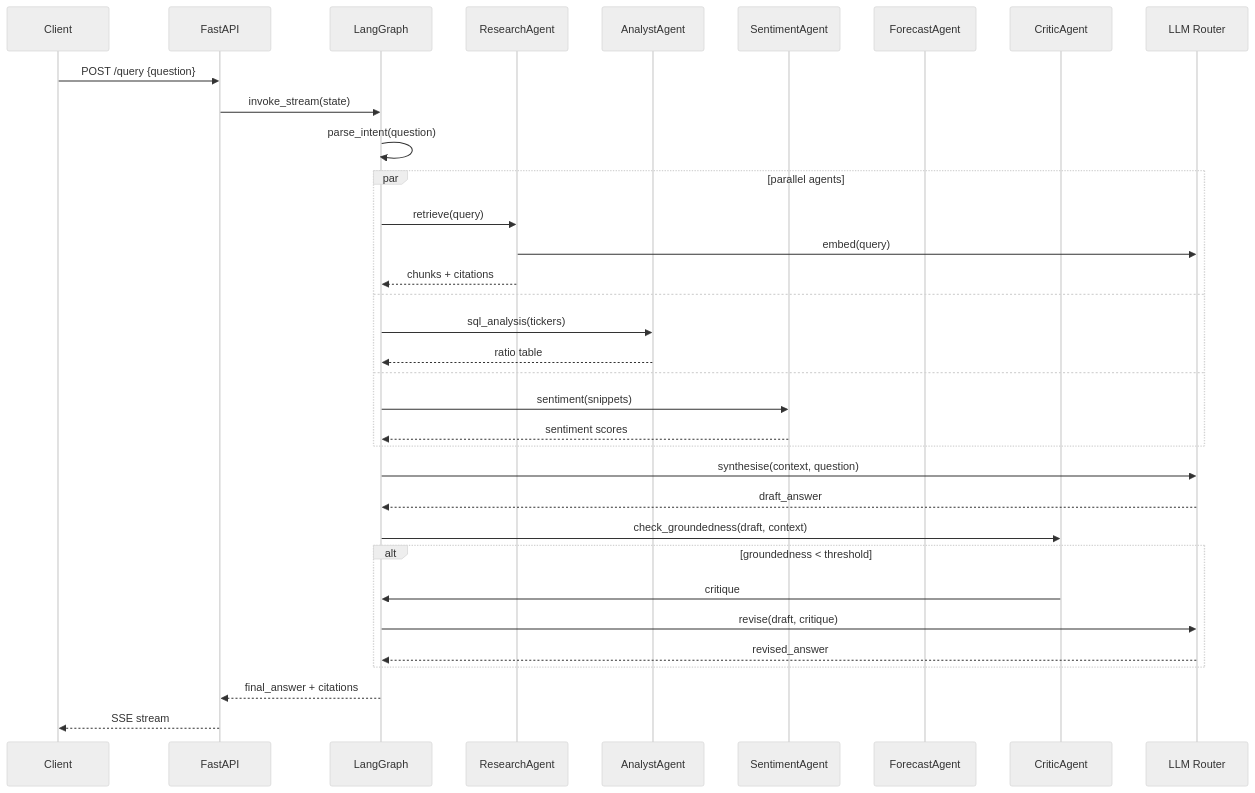
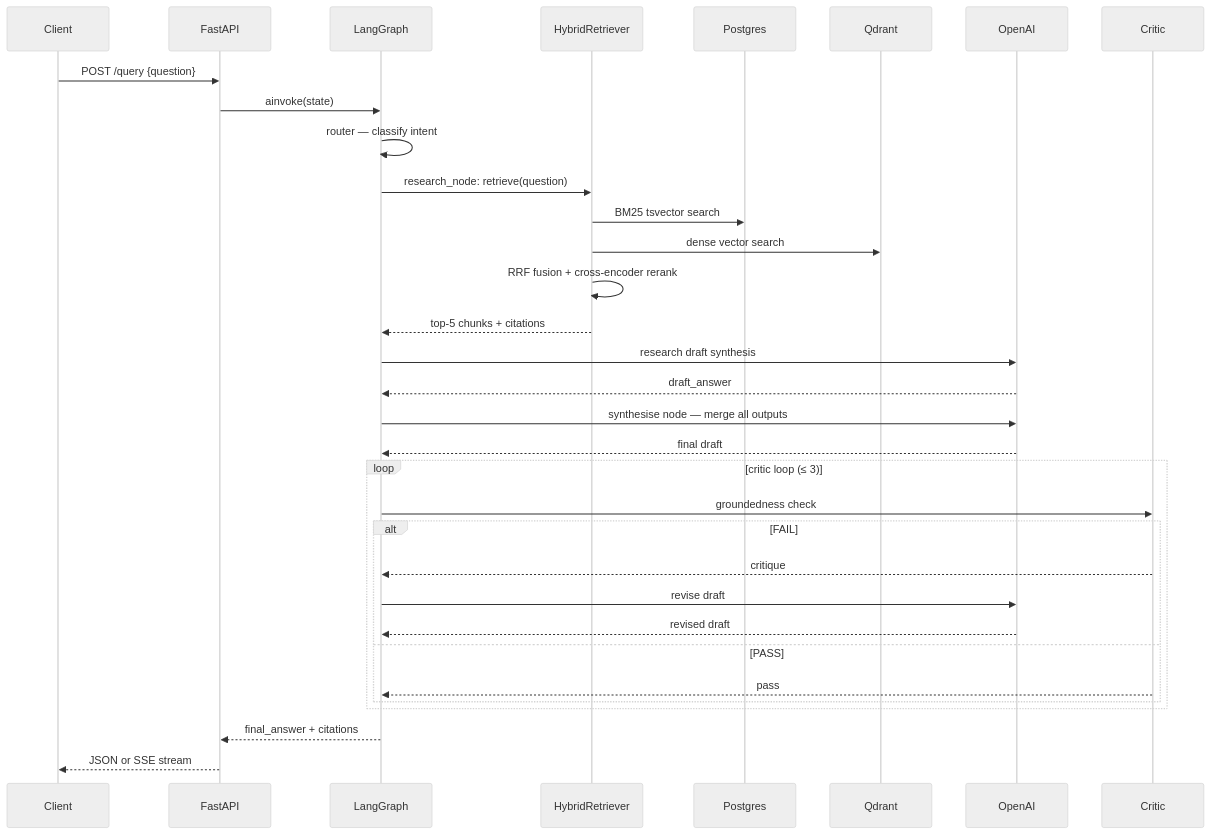
One commit to UtkarshAlshi/finsight-ai changed the second of 2 diagrams in ARCHITECTURE.md. Above: the diagram before and after it, drawn with Mermaid (neutral theme). The commit also changed other lines of this file and 1 other file, not shown here.

First line of the commit message:
docs(architecture): update diagrams and add known constraints

````diff
--- a/ARCHITECTURE.md
+++ b/ARCHITECTURE.md
@@ -85,37 +94,36 @@
 ```mermaid
 sequenceDiagram
     participant C as Client
     participant API as FastAPI
     participant G as LangGraph
-    participant R as ResearchAgent
-    participant A as AnalystAgent
-    participant S as SentimentAgent
-    participant F as ForecastAgent
-    participant CR as CriticAgent
-    participant LLM as LLM Router
+    participant RET as HybridRetriever
+    participant PG as Postgres
+    participant QD as Qdrant
+    participant LLM as OpenAI
+    participant CR as Critic
 
     C->>API: POST /query {question}
-    API->>G: invoke_stream(state)
-    G->>G: parse_intent(question)
-    par parallel agents
-        G->>R: retrieve(query)
-        R->>LLM: embed(query)
-        R-->>G: chunks + citations
-    and
-        G->>A: sql_analysis(tickers)
-        A-->>G: ratio table
-    and
-        G->>S: sentiment(snippets)
-        S-->>G: sentiment scores
-    end
-    G->>LLM: synthesise(context, question)
+    API->>G: ainvoke(state)
+    G->>G: router — classify intent
+    G->>RET: research_node: retrieve(question)
+    RET->>PG: BM25 tsvector search
+    RET->>QD: dense vector search
+    RET->>RET: RRF fusion + cross-encoder rerank
+    RET-->>G: top-5 chunks + citations
+    G->>LLM: research draft synthesis
     LLM-->>G: draft_answer
-    G->>CR: check_groundedness(draft, context)
-    alt groundedness < threshold
-        CR->>G: critique
-        G->>LLM: revise(draft, critique)
-        LLM-->>G: revised_answer
+    G->>LLM: synthesise node — merge all outputs
+    LLM-->>G: final draft
+    loop critic loop (≤ 3)
+        G->>CR: groundedness check
+        alt FAIL
+            CR-->>G: critique
+            G->>LLM: revise draft
+            LLM-->>G: revised draft
+        else PASS
+            CR-->>G: pass
+        end
     end
     G-->>API: final_answer + citations
-    API-->>C: SSE stream
+    API-->>C: JSON or SSE stream
 ```
````
